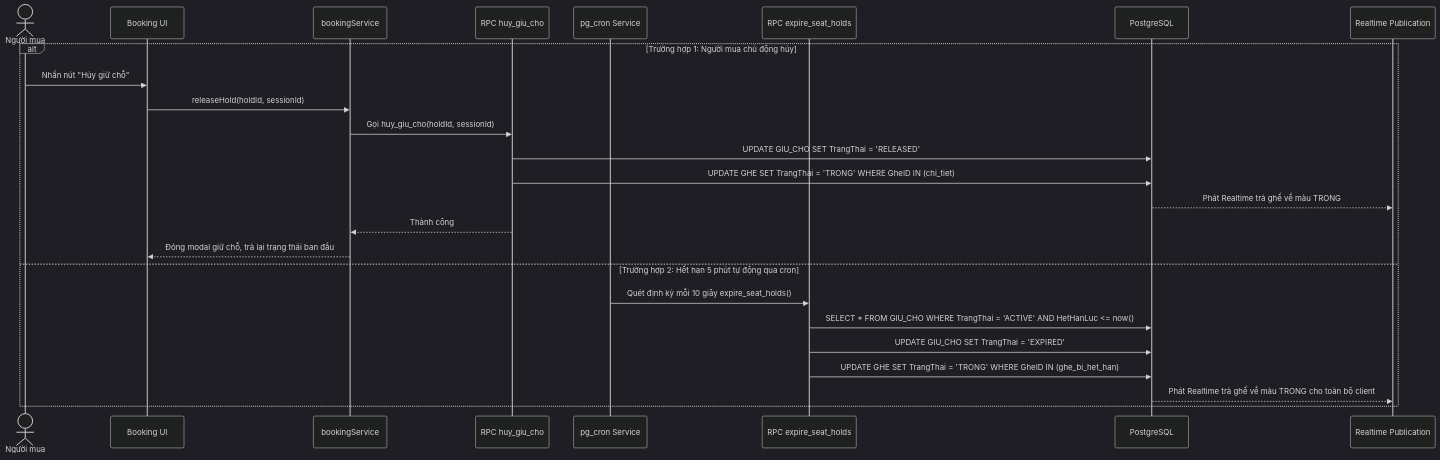
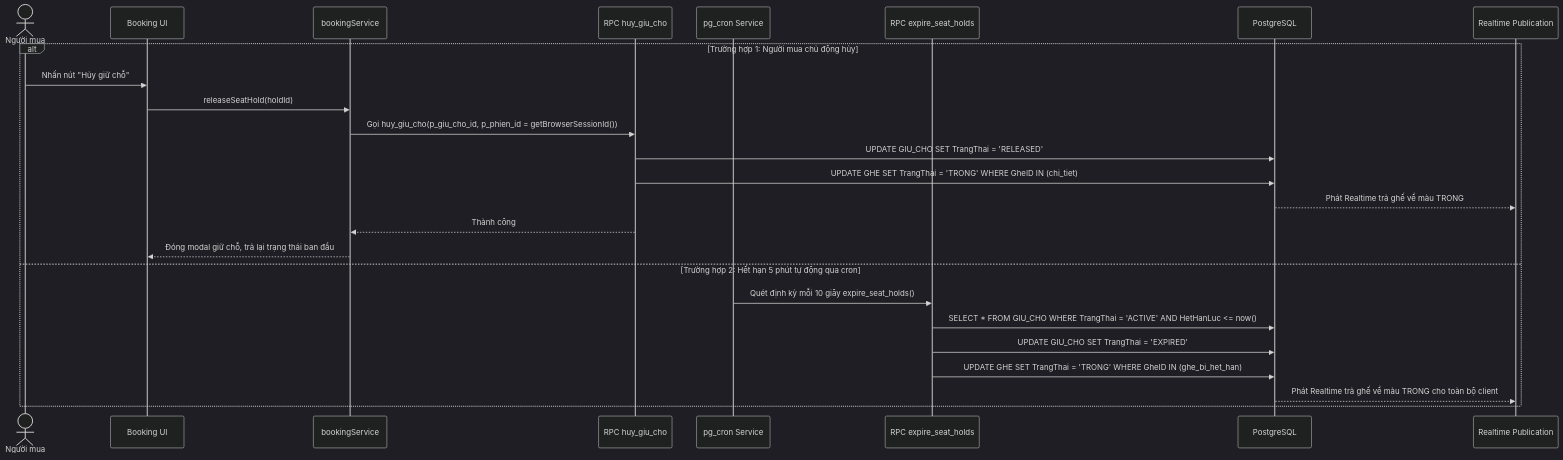
Before and after one commit to minhdc2011/EVENTTICKETING: the eighth of 11 diagrams in docs/sprint1-deliverables/02_ANALYSIS_AND_SYSTEM_DESIGN.md, drawn with Mermaid (dark theme). The commit also changed other lines of this file and 2 other files, not shown here.

First line of the commit message:
docs: align ERD, class diagram and sequences with repo

````diff
--- a/docs/sprint1-deliverables/02_ANALYSIS_AND_SYSTEM_DESIGN.md
+++ b/docs/sprint1-deliverables/02_ANALYSIS_AND_SYSTEM_DESIGN.md
@@ -509,28 +510,28 @@
 ```mermaid
 sequenceDiagram
   actor U as Người mua
   participant UI as Booking UI
   participant BS as bookingService
   participant RPC_HUY as RPC huy_giu_cho
   participant CRON as pg_cron Service
   participant RPC_EXP as RPC expire_seat_holds
   participant DB as PostgreSQL
   participant WS as Realtime Publication
 
   alt Trường hợp 1: Người mua chủ động hủy
     U->>UI: Nhấn nút "Hủy giữ chỗ"
-    UI->>BS: releaseHold(holdId, sessionId)
-    BS->>RPC_HUY: Gọi huy_giu_cho(holdId, sessionId)
+    UI->>BS: releaseSeatHold(holdId)
+    BS->>RPC_HUY: Gọi huy_giu_cho(p_giu_cho_id, p_phien_id = getBrowserSessionId())
     RPC_HUY->>DB: UPDATE GIU_CHO SET TrangThai = 'RELEASED'
     RPC_HUY->>DB: UPDATE GHE SET TrangThai = 'TRONG' WHERE GheID IN (chi_tiet)
     DB-->>WS: Phát Realtime trả ghế về màu TRONG
     RPC_HUY-->>BS: Thành công
     BS-->>UI: Đóng modal giữ chỗ, trả lại trạng thái ban đầu
   else Trường hợp 2: Hết hạn 5 phút tự động qua cron
     CRON->>RPC_EXP: Quét định kỳ mỗi 10 giây expire_seat_holds()
     RPC_EXP->>DB: SELECT * FROM GIU_CHO WHERE TrangThai = 'ACTIVE' AND HetHanLuc <= now()
     RPC_EXP->>DB: UPDATE GIU_CHO SET TrangThai = 'EXPIRED'
     RPC_EXP->>DB: UPDATE GHE SET TrangThai = 'TRONG' WHERE GheID IN (ghe_bi_het_han)
     DB-->>WS: Phát Realtime trả ghế về màu TRONG cho toàn bộ client
   end
 ```
````
